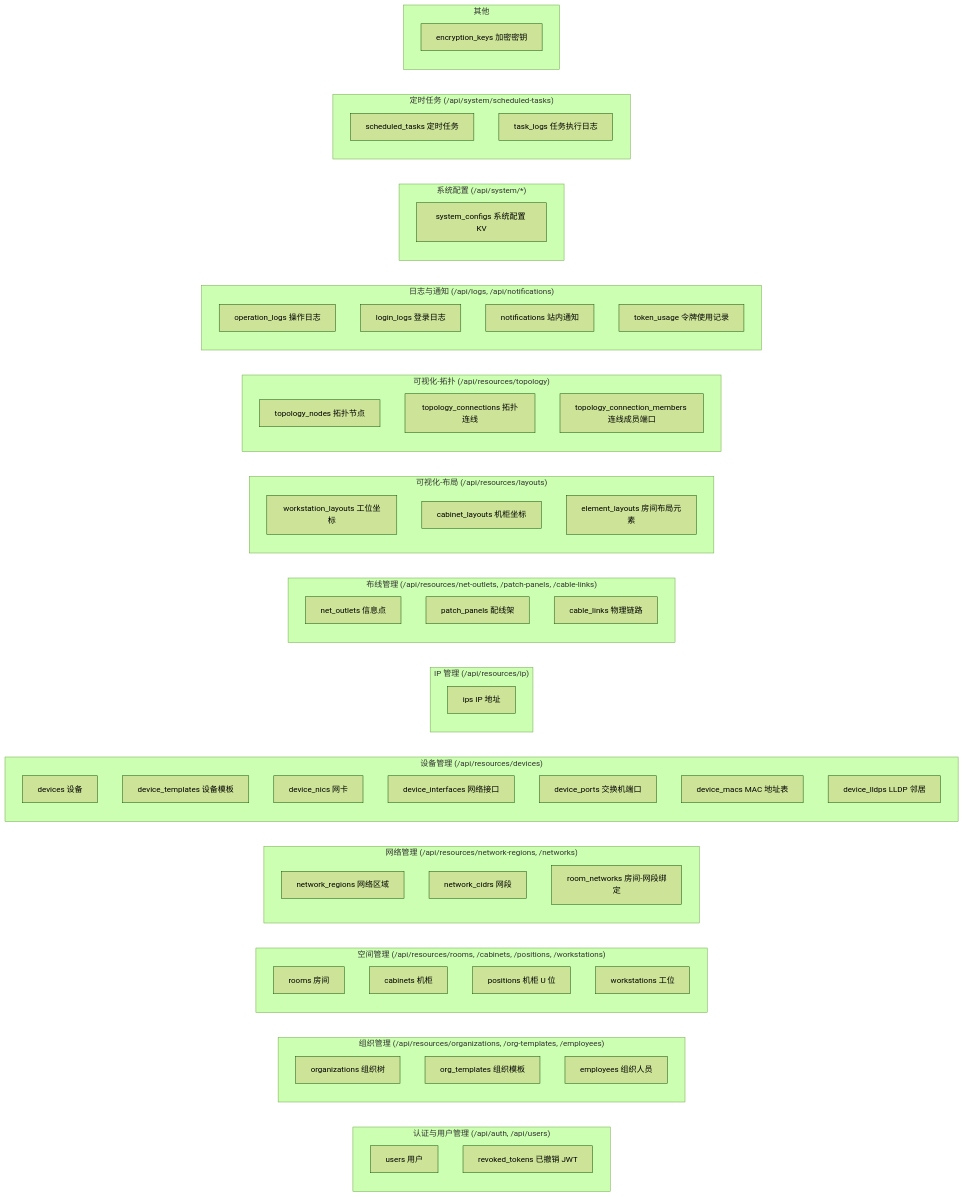
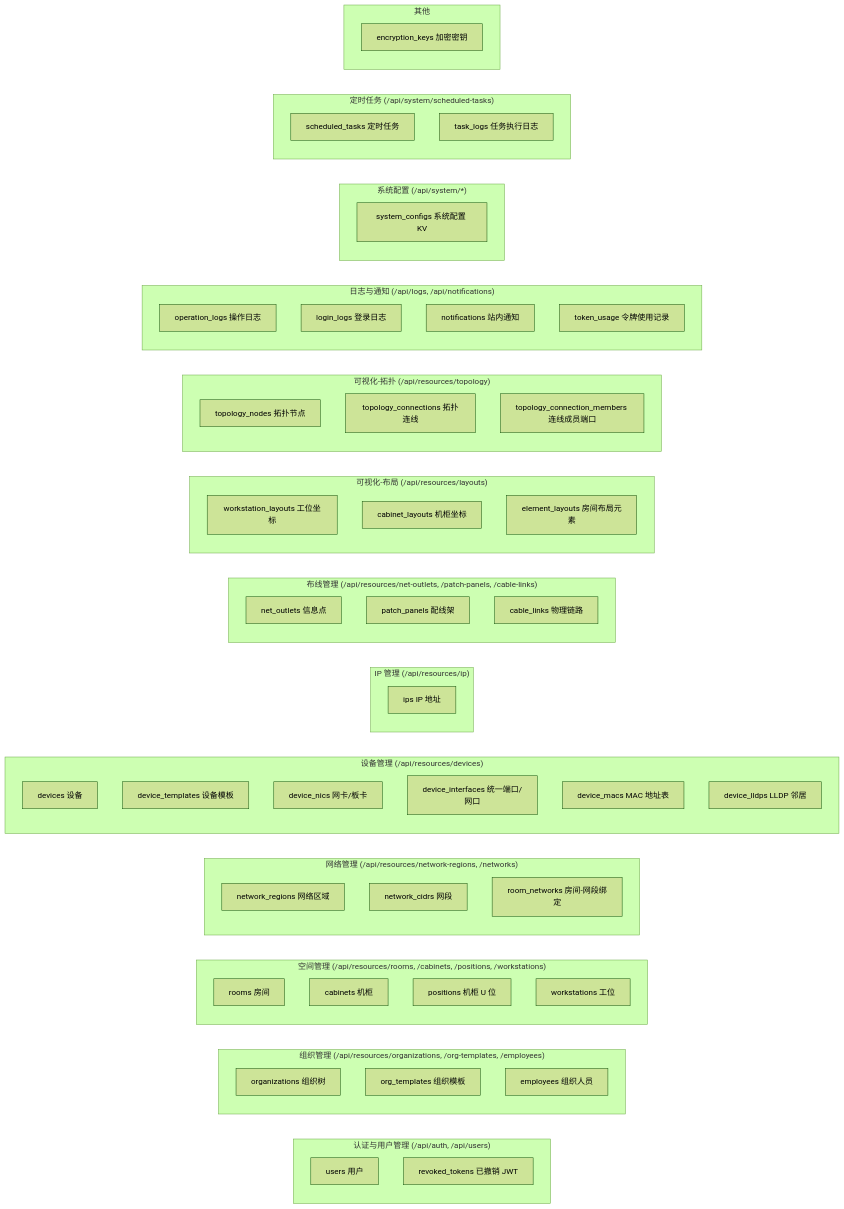
The first of 2 diagrams in docs/database-schema.md (o-i-i-o/foims), drawn with Mermaid (forest theme) before and after one commit. The commit also changed other lines of this file and 49 other files, not shown here.

First line of the commit message:
refactor: 合并设备端口与接口为统一模型，移除旧 device_ports 表

````diff
--- a/docs/database-schema.md
+++ b/docs/database-schema.md
@@ -8,78 +8,77 @@
 ```mermaid
 flowchart LR
   subgraph AUTH["认证与用户管理 (/api/auth, /api/users)"]
     users["users 用户"]
     revoked_tokens["revoked_tokens 已撤销 JWT"]
   end
 
   subgraph ORG["组织管理 (/api/resources/organizations, /org-templates, /employees)"]
     organizations["organizations 组织树"]
     org_templates["org_templates 组织模板"]
     employees["employees 组织人员"]
   end
 
   subgraph SPACE["空间管理 (/api/resources/rooms, /cabinets, /positions, /workstations)"]
     rooms["rooms 房间"]
     cabinets["cabinets 机柜"]
     positions["positions 机柜 U 位"]
     workstations["workstations 工位"]
   end
 
   subgraph NET["网络管理 (/api/resources/network-regions, /networks)"]
     network_regions["network_regions 网络区域"]
     network_cidrs["network_cidrs 网段"]
     room_networks["room_networks 房间-网段绑定"]
   end
 
   subgraph DEV["设备管理 (/api/resources/devices)"]
     devices["devices 设备"]
     device_templates["device_templates 设备模板"]
-    device_nics["device_nics 网卡"]
-    device_interfaces["device_interfaces 网络接口"]
-    device_ports["device_ports 交换机端口"]
+    device_nics["device_nics 网卡/板卡"]
+    device_interfaces["device_interfaces 统一端口/网口"]
     device_macs["device_macs MAC 地址表"]
     device_lldps["device_lldps LLDP 邻居"]
   end
 
   subgraph IPM["IP 管理 (/api/resources/ip)"]
     ips["ips IP 地址"]
   end
 
   subgraph CABLING["布线管理 (/api/resources/net-outlets, /patch-panels, /cable-links)"]
     net_outlets["net_outlets 信息点"]
     patch_panels["patch_panels 配线架"]
     cable_links["cable_links 物理链路"]
   end
 
   subgraph LAYOUT["可视化-布局 (/api/resources/layouts)"]
     workstation_layouts["workstation_layouts 工位坐标"]
     cabinet_layouts["cabinet_layouts 机柜坐标"]
     element_layouts["element_layouts 房间布局元素"]
   end
 
   subgraph TOPO["可视化-拓扑 (/api/resources/topology)"]
     topology_nodes["topology_nodes 拓扑节点"]
     topology_connections["topology_connections 拓扑连线"]
     topology_connection_members["topology_connection_members 连线成员端口"]
   end
 
   subgraph SYSLOG["日志与通知 (/api/logs, /api/notifications)"]
     operation_logs["operation_logs 操作日志"]
     login_logs["login_logs 登录日志"]
     notifications["notifications 站内通知"]
     token_usage["token_usage 令牌使用记录"]
   end
 
   subgraph SYSCFG["系统配置 (/api/system/*)"]
     system_configs["system_configs 系统配置 KV"]
   end
 
   subgraph SCHED["定时任务 (/api/system/scheduled-tasks)"]
     scheduled_tasks["scheduled_tasks 定时任务"]
     task_logs["task_logs 任务执行日志"]
   end
 
   subgraph OTHER["其他"]
     encryption_keys["encryption_keys 加密密钥"]
   end
 ```
````
